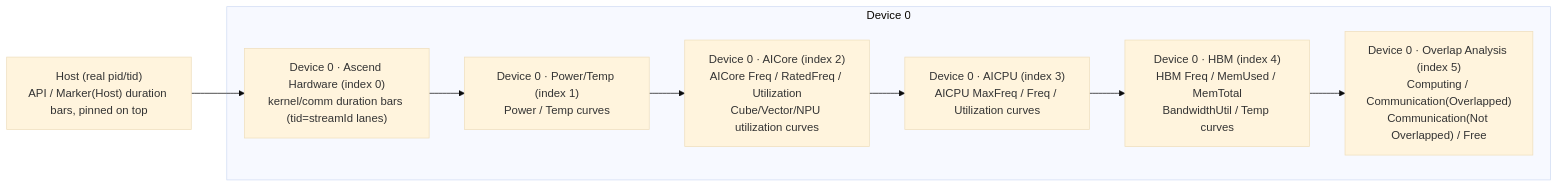
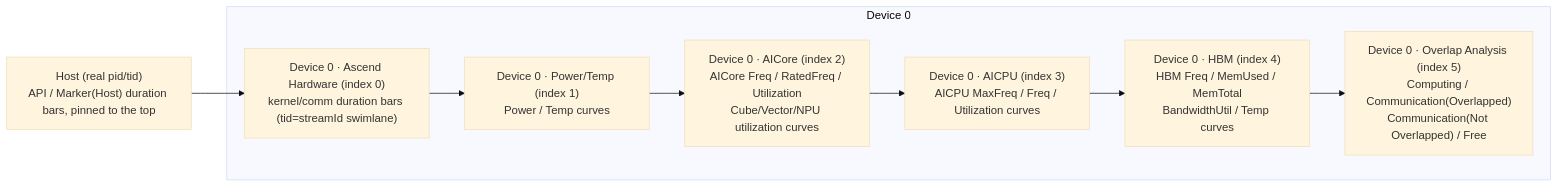
The fourth of 6 diagrams in docs/en/design/dcmi_chrome_trace_plan.md (Ascend/msmonitor), drawn with Mermaid (base theme) before and after one commit. The commit also changed other lines of this file and 19 other files, not shown here.

````diff
--- a/docs/en/design/dcmi_chrome_trace_plan.md
+++ b/docs/en/design/dcmi_chrome_trace_plan.md
@@ -150,13 +150,13 @@
 ```mermaid
 flowchart LR
     subgraph dev0["Device 0"]
-        AH["Device 0 · Ascend Hardware (index 0)<br/>kernel/comm duration bars (tid=streamId lanes)"]
+        AH["Device 0 · Ascend Hardware (index 0)<br/>kernel/comm duration bars (tid=streamId swimlane)"]
         PT["Device 0 · Power/Temp (index 1)<br/>Power / Temp curves"]
         AC["Device 0 · AICore (index 2)<br/>AICore Freq / RatedFreq / Utilization<br/>Cube/Vector/NPU utilization curves"]
         AP["Device 0 · AICPU (index 3)<br/>AICPU MaxFreq / Freq / Utilization curves"]
         HB["Device 0 · HBM (index 4)<br/>HBM Freq / MemUsed / MemTotal<br/>BandwidthUtil / Temp curves"]
         OA["Device 0 · Overlap Analysis (index 5)<br/>Computing / Communication(Overlapped)<br/>Communication(Not Overlapped) / Free"]
     end
-    Host["Host (real pid/tid)<br/>API / Marker(Host) duration bars, pinned on top"]
+    Host["Host (real pid/tid)<br/>API / Marker(Host) duration bars, pinned to the top"]
     Host --> AH --> PT --> AC --> AP --> HB --> OA
 ```
````
